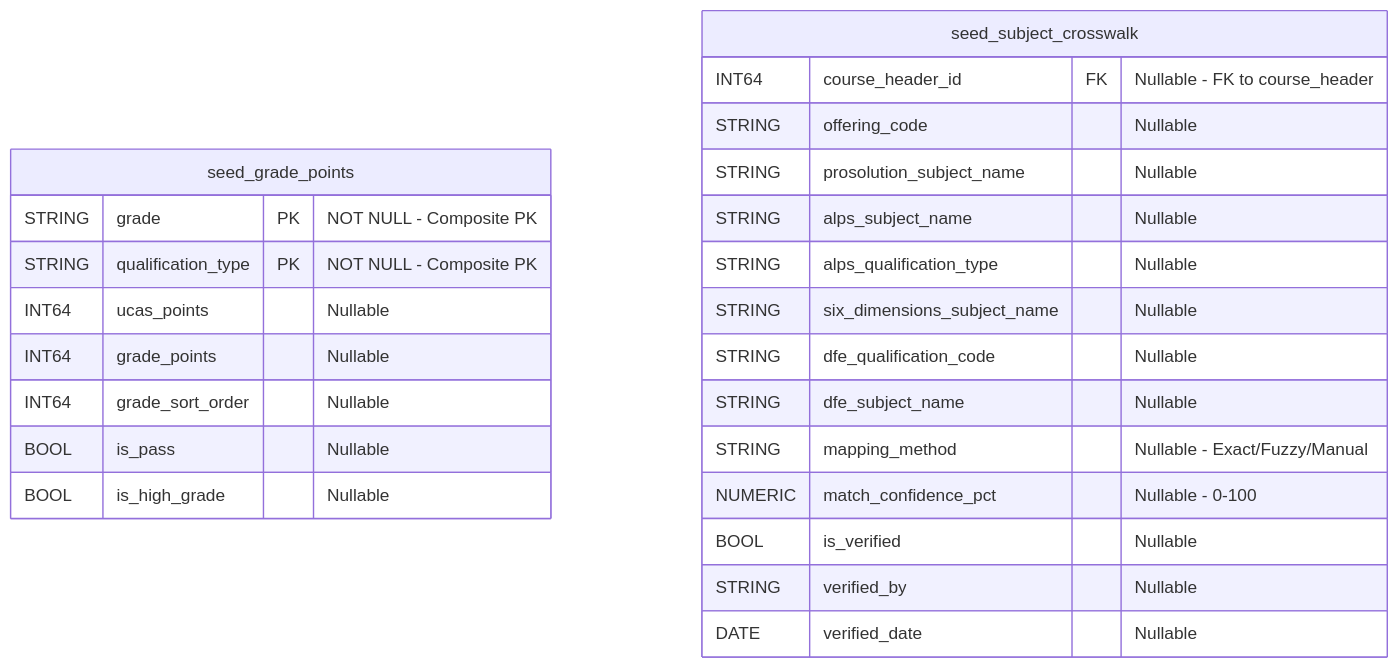
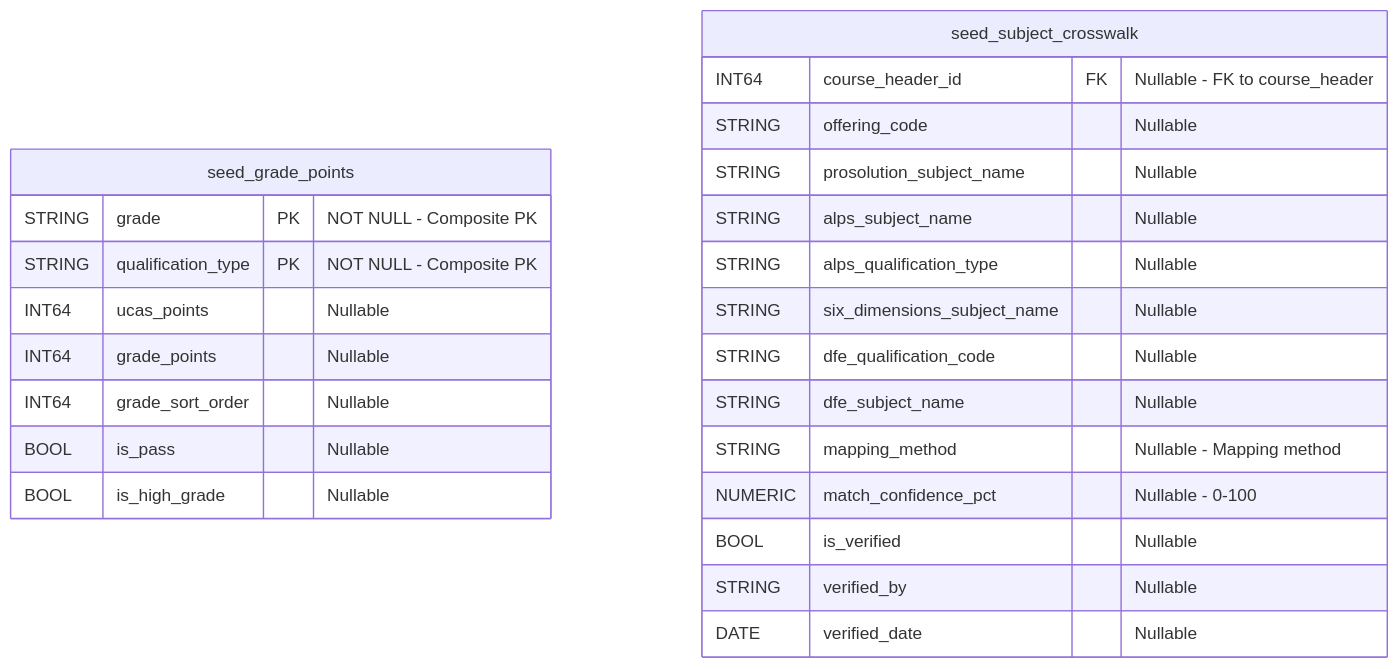
One commit to rittmananalytics/RA_Accelerated_Development changed the fourth of 10 diagrams in design/data_model_diagrams.md. Above: the diagram before and after it, drawn with Mermaid. The commit also changed other lines of this file, not shown here.

````diff
--- a/design/data_model_diagrams.md
+++ b/design/data_model_diagrams.md
@@ -535,28 +535,28 @@
 ```mermaid
 erDiagram
     seed_grade_points {
         STRING grade PK "NOT NULL - Composite PK"
         STRING qualification_type PK "NOT NULL - Composite PK"
         INT64 ucas_points "Nullable"
         INT64 grade_points "Nullable"
         INT64 grade_sort_order "Nullable"
         BOOL is_pass "Nullable"
         BOOL is_high_grade "Nullable"
     }
 
     seed_subject_crosswalk {
         INT64 course_header_id FK "Nullable - FK to course_header"
         STRING offering_code "Nullable"
         STRING prosolution_subject_name "Nullable"
         STRING alps_subject_name "Nullable"
         STRING alps_qualification_type "Nullable"
         STRING six_dimensions_subject_name "Nullable"
         STRING dfe_qualification_code "Nullable"
         STRING dfe_subject_name "Nullable"
-        STRING mapping_method "Nullable - Exact/Fuzzy/Manual"
+        STRING mapping_method "Nullable - Mapping method"
         NUMERIC match_confidence_pct "Nullable - 0-100"
         BOOL is_verified "Nullable"
         STRING verified_by "Nullable"
         DATE verified_date "Nullable"
     }
 ```
````
